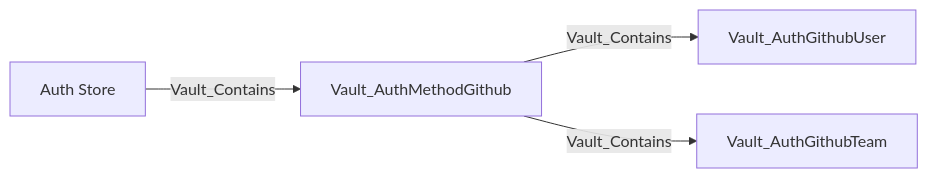
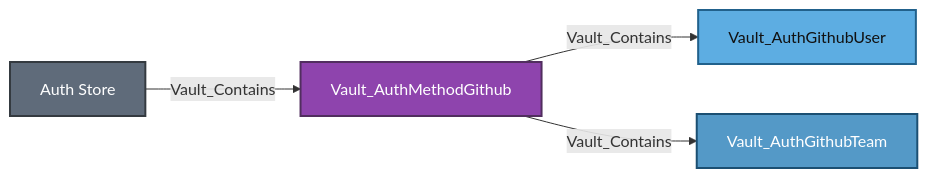
One commit to bytewreck/opengraph-vault changed diagram 12 of 28 in Documentation/stores/AUTH.md. Above: the diagram before and after it, drawn with Mermaid. The commit also changed other lines of this file, not shown here.

````diff
--- a/Documentation/stores/AUTH.md
+++ b/Documentation/stores/AUTH.md
@@ -598,6 +650,11 @@
 ```mermaid
 flowchart LR
-    store[Auth Store] -->|Vault_Contains| method[Vault_AuthMethodGithub]
-    method -->|Vault_Contains| user[Vault_AuthGithubUser]
-    method -->|Vault_Contains| team[Vault_AuthGithubTeam]
+    store[Auth Store]:::storeNode -->|Vault_Contains| method[Vault_AuthMethodGithub]:::authMethodNode
+    method -->|Vault_Contains| user[Vault_AuthGithubUser]:::authUserNode
+    method -->|Vault_Contains| team[Vault_AuthGithubTeam]:::authGroupNode
+
+    classDef storeNode fill:#5F6B7A,color:#fff,stroke:#343A40,stroke-width:2px
+    classDef authMethodNode fill:#8E44AD,color:#fff,stroke:#512E5F,stroke-width:2px
+    classDef authUserNode fill:#5DADE2,color:#111,stroke:#21618C,stroke-width:2px
+    classDef authGroupNode fill:#5499C7,color:#fff,stroke:#1B4F72,stroke-width:2px
 ```
````
